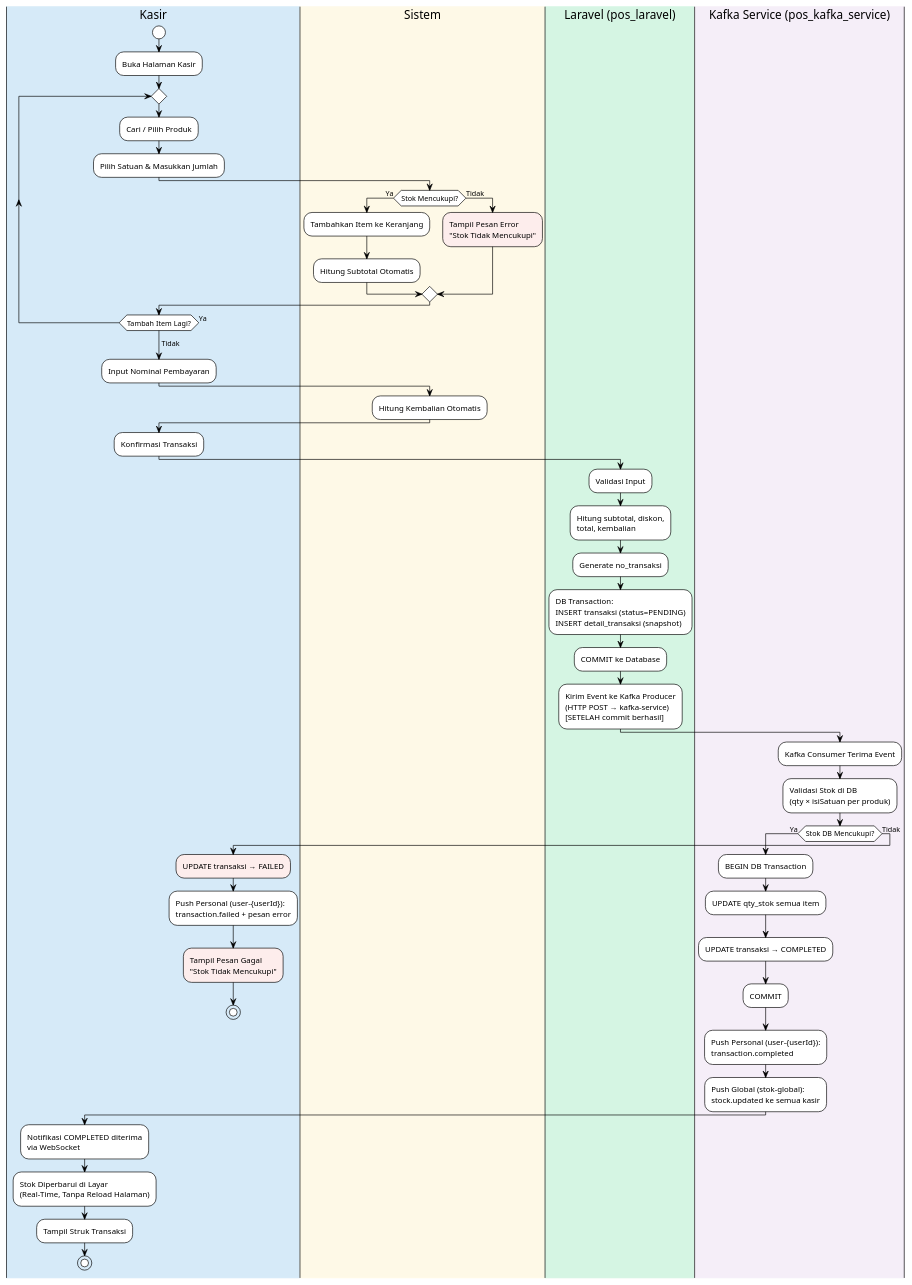
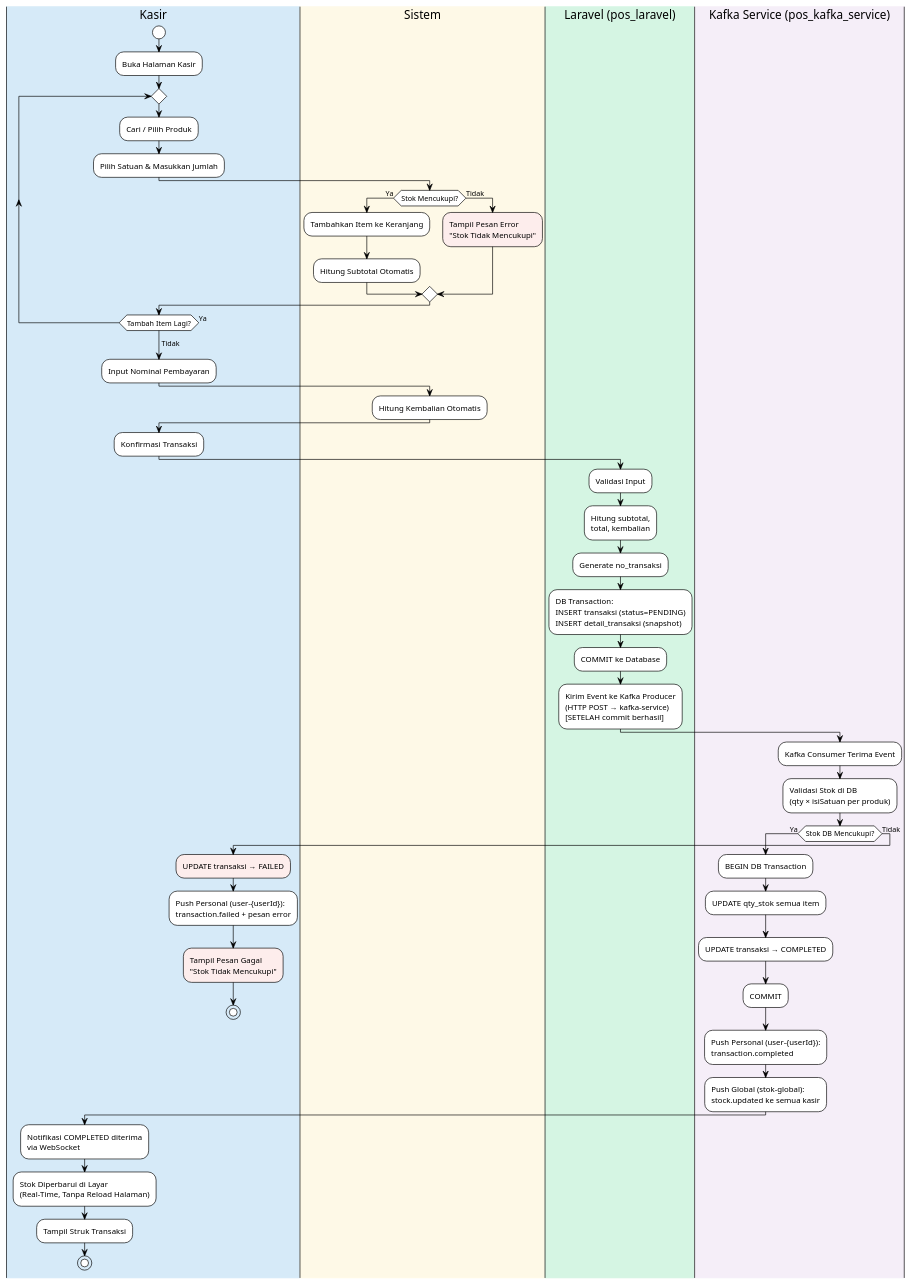
One commit to suragemilang-007/pos changed the seventh of 9 diagrams in docs/bab3_projek_mandiri.md. Above: the diagram before and after it, drawn with PlantUML. The commit also changed other lines of this file and 49 other files, not shown here.

````diff
--- a/docs/bab3_projek_mandiri.md
+++ b/docs/bab3_projek_mandiri.md
@@ -425,69 +425,69 @@
 ```plantuml
 @startuml Gambar_3_7_Activity_Transaksi
 !theme plain
 skinparam backgroundColor #FFFFFF
 skinparam shadowing false
 
 |#D6EAF8| Kasir |
 start
 :Buka Halaman Kasir;
 
 repeat
   :Cari / Pilih Produk;
   :Pilih Satuan & Masukkan Jumlah;
 
   |#FEF9E7| Sistem |
   if (Stok Mencukupi?) then (Ya)
     :Tambahkan Item ke Keranjang;
     :Hitung Subtotal Otomatis;
   else (Tidak)
     #FDEDEC:Tampil Pesan Error\n"Stok Tidak Mencukupi";
   endif
 
   |#D6EAF8| Kasir |
 repeat while (Tambah Item Lagi?) is (Ya)
 -> Tidak;
 
 :Input Nominal Pembayaran;
 
 |#FEF9E7| Sistem |
 :Hitung Kembalian Otomatis;
 
 |#D6EAF8| Kasir |
 :Konfirmasi Transaksi;
 
 |#D5F5E3| Laravel (pos_laravel) |
 :Validasi Input;
-:Hitung subtotal, diskon,\ntotal, kembalian;
+:Hitung subtotal,\ntotal, kembalian;
 :Generate no_transaksi;
 :DB Transaction:\nINSERT transaksi (status=PENDING)\nINSERT detail_transaksi (snapshot);
 :COMMIT ke Database;
 :Kirim Event ke Kafka Producer\n(HTTP POST → kafka-service)\n[SETELAH commit berhasil];
 
 |#F5EEF8| Kafka Service (pos_kafka_service) |
 :Kafka Consumer Terima Event;
 :Validasi Stok di DB\n(qty × isiSatuan per produk);
 
 if (Stok DB Mencukupi?) then (Ya)
   :BEGIN DB Transaction;
   :UPDATE qty_stok semua item;
   :UPDATE transaksi → COMPLETED;
   :COMMIT;
   :Push Personal (user-{userId}):\ntransaction.completed;
   :Push Global (stok-global):\nstock.updated ke semua kasir;
 
   |#D6EAF8| Kasir |
   :Notifikasi COMPLETED diterima\nvia WebSocket;
   :Stok Diperbarui di Layar\n(Real-Time, Tanpa Reload Halaman);
   :Tampil Struk Transaksi;
   stop
 else (Tidak)
   #FDEDEC:UPDATE transaksi → FAILED;
   :Push Personal (user-{userId}):\ntransaction.failed + pesan error;
 
   |#D6EAF8| Kasir |
   #FDEDEC:Tampil Pesan Gagal\n"Stok Tidak Mencukupi";
   stop
 endif
 @enduml
 ```
````
